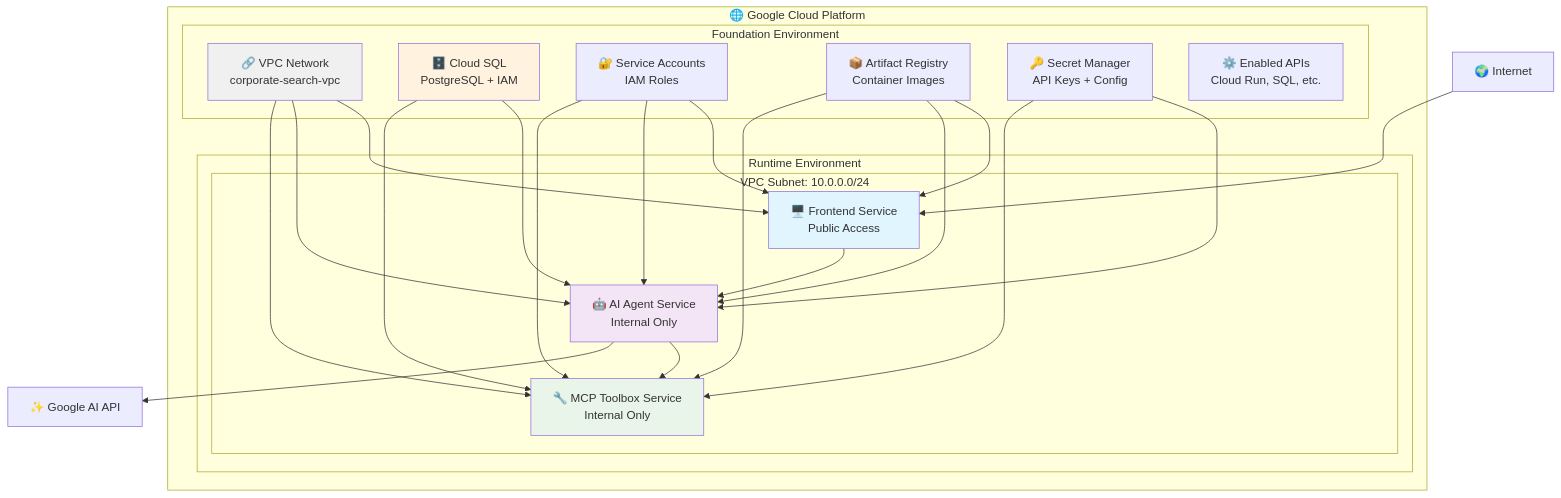
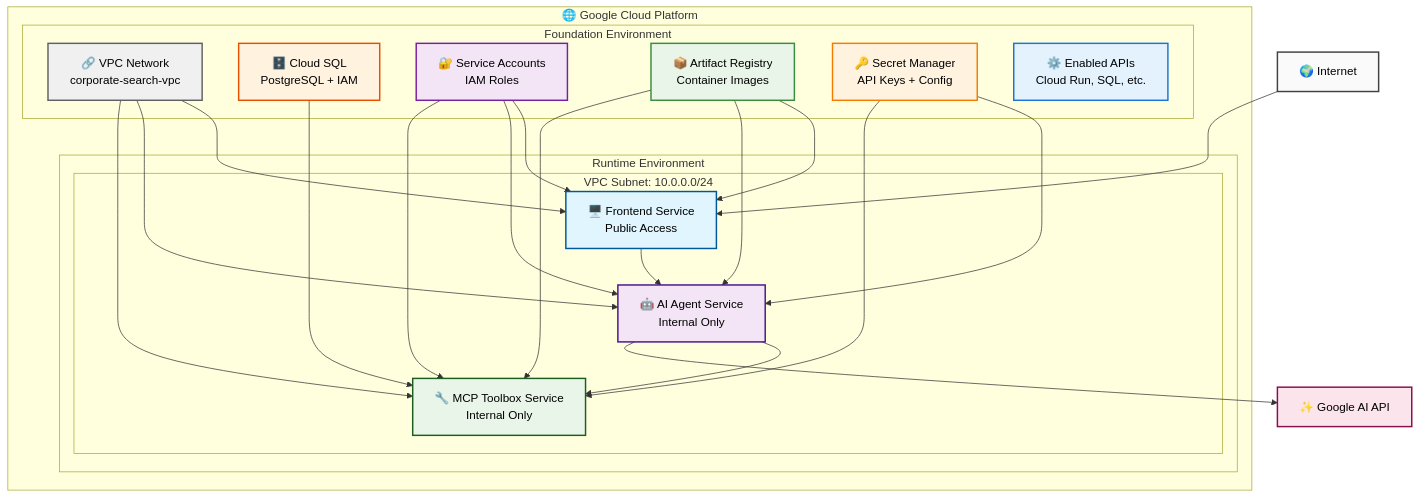
The fifth of 6 diagrams in README.md (discoverlance-com/the-smart-corporate-search), drawn with Mermaid before and after one commit. The commit also changed other lines of this file, not shown here.

Commit message:
fix: mermaid diagrams

````diff
--- a/README.md
+++ b/README.md
@@ -400,46 +402,51 @@
 ```mermaid
 graph TB
     subgraph "🌐 Google Cloud Platform"
         subgraph "Foundation Environment"
             VPC[🔗 VPC Network<br/>corporate-search-vpc]
             CloudSQL[🗄️ Cloud SQL<br/>PostgreSQL + IAM]
             ServiceAccounts[🔐 Service Accounts<br/>IAM Roles]
             ArtifactRegistry[📦 Artifact Registry<br/>Container Images]
             SecretManager[🔑 Secret Manager<br/>API Keys + Config]
             APIs[⚙️ Enabled APIs<br/>Cloud Run, SQL, etc.]
         end
 
         subgraph "Runtime Environment"
             subgraph "VPC Subnet: 10.0.0.0/24"
                 Frontend[🖥️ Frontend Service<br/>Public Access]
                 AIAgent[🤖 AI Agent Service<br/>Internal Only]
                 MCPToolbox[🔧 MCP Toolbox Service<br/>Internal Only]
             end
         end
 
         VPC --> Frontend
         VPC --> AIAgent
         VPC --> MCPToolbox
-        CloudSQL --> AIAgent
         CloudSQL --> MCPToolbox
         ServiceAccounts --> Frontend
         ServiceAccounts --> AIAgent
         ServiceAccounts --> MCPToolbox
         SecretManager --> AIAgent
         SecretManager --> MCPToolbox
         ArtifactRegistry --> Frontend
         ArtifactRegistry --> AIAgent
         ArtifactRegistry --> MCPToolbox
     end
 
     Internet[🌍 Internet] --> Frontend
     Frontend --> AIAgent
     AIAgent --> MCPToolbox
     AIAgent --> Gemini[✨ Google AI API]
 
-    style Frontend fill:#e1f5fe
-    style AIAgent fill:#f3e5f5
-    style MCPToolbox fill:#e8f5e8
-    style CloudSQL fill:#fff3e0
-    style VPC fill:#f0f0f0
+    style Frontend fill:#e1f5fe,stroke:#01579b,stroke-width:2px,color:#000
+    style AIAgent fill:#f3e5f5,stroke:#4a148c,stroke-width:2px,color:#000
+    style MCPToolbox fill:#e8f5e8,stroke:#1b5e20,stroke-width:2px,color:#000
+    style CloudSQL fill:#fff3e0,stroke:#e65100,stroke-width:2px,color:#000
+    style VPC fill:#f0f0f0,stroke:#616161,stroke-width:2px,color:#000
+    style ServiceAccounts fill:#f3e5f5,stroke:#7b1fa2,stroke-width:2px,color:#000
+    style ArtifactRegistry fill:#e8f5e8,stroke:#388e3c,stroke-width:2px,color:#000
+    style SecretManager fill:#fff3e0,stroke:#f57c00,stroke-width:2px,color:#000
+    style APIs fill:#e3f2fd,stroke:#1976d2,stroke-width:2px,color:#000
+    style Internet fill:#fafafa,stroke:#424242,stroke-width:2px,color:#000
+    style Gemini fill:#fce4ec,stroke:#880e4f,stroke-width:2px,color:#000
 ```
````
